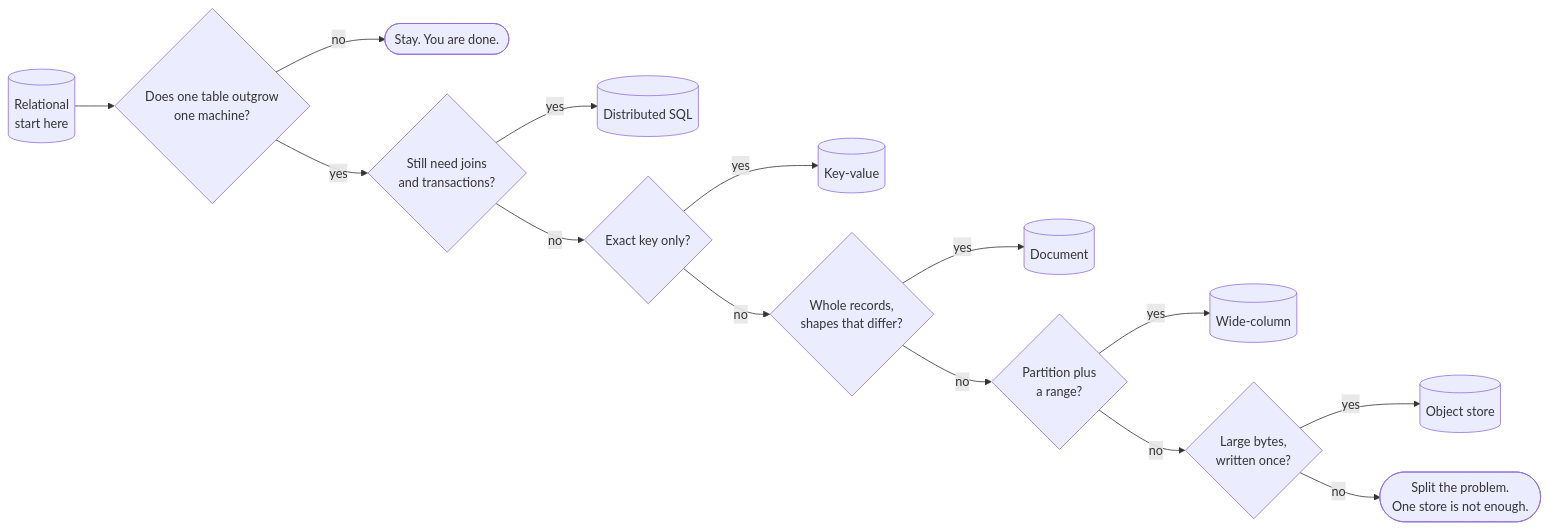
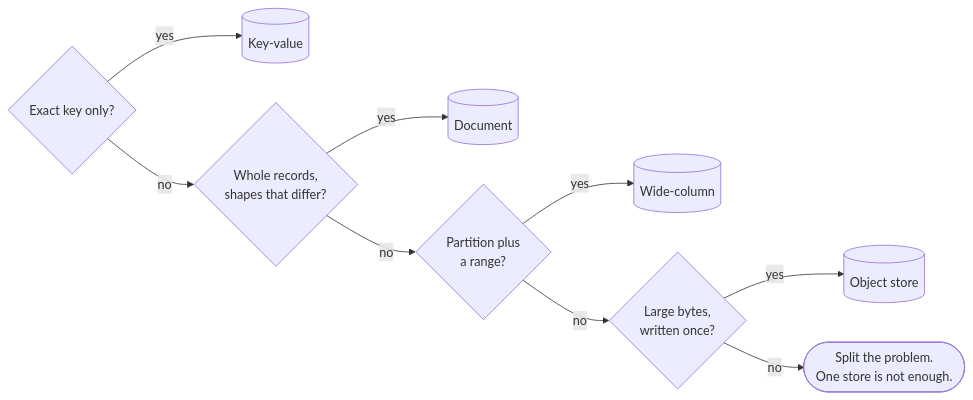
The seventh of 25 diagrams in examples/system-design-foundations.md (Laticent/lattice), drawn with Mermaid before and after one commit. The commit also changed other lines of this file and 1 other file, not shown here.

First line of the commit message:
deck(examples): split the two densest diagrams into the questions they actually ask

````diff
--- a/examples/system-design-foundations.md
+++ b/examples/system-design-foundations.md
@@ -1015,16 +1049,11 @@
 ```mermaid
 flowchart LR
-  REL[("Relational<br/>start here")] --> Q1{"Does one table outgrow<br/>one machine?"}
-  Q1 -->|"no"| STAY(["Stay. You are done."])
-  Q1 -->|"yes"| QB{"Still need joins<br/>and transactions?"}
-  QB -->|"yes"| DS[("Distributed SQL")]
-  QB -->|"no"| Q2{"Exact key only?"}
-  Q2 -->|"yes"| KV[("Key-value")]
+  Q2{"Exact key only?"} -->|"yes"| KV[("Key-value")]
   Q2 -->|"no"| Q2B{"Whole records,<br/>shapes that differ?"}
   Q2B -->|"yes"| DOC[("Document")]
   Q2B -->|"no"| Q3{"Partition plus<br/>a range?"}
   Q3 -->|"yes"| WC[("Wide-column")]
   Q3 -->|"no"| Q4{"Large bytes,<br/>written once?"}
   Q4 -->|"yes"| OS[("Object store")]
   Q4 -->|"no"| SPLIT(["Split the problem.<br/>One store is not enough."])
 ```
````
